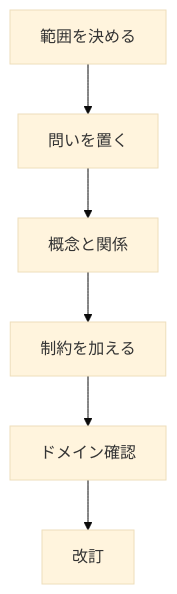
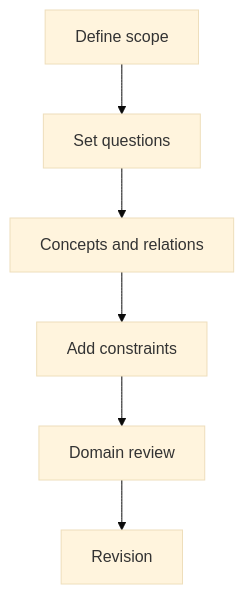
Before and after one commit to daylight55/research: the sixth of 8 diagrams in content/blog/en/ontology-concept.mdx, drawn with Mermaid (base theme). The commit also changed other lines of this file and 26 other files, not shown here.

Commit message:
Translate English Mermaid labels

````diff
--- a/content/blog/en/ontology-concept.mdx
+++ b/content/blog/en/ontology-concept.mdx
@@ -266,8 +266,8 @@
 ```mermaid
 flowchart TD
-  Scope["範囲を決める"] --> CQ["問いを置く"]
-  CQ --> Model["概念と関係"]
-  Model --> Rule["制約を加える"]
-  Rule --> Review["ドメイン確認"]
-  Review --> Iterate["改訂"]
+  Scope["Define scope"] --> CQ["Set questions"]
+  CQ --> Model["Concepts and relations"]
+  Model --> Rule["Add constraints"]
+  Rule --> Review["Domain review"]
+  Review --> Iterate["Revision"]
 ```
````
